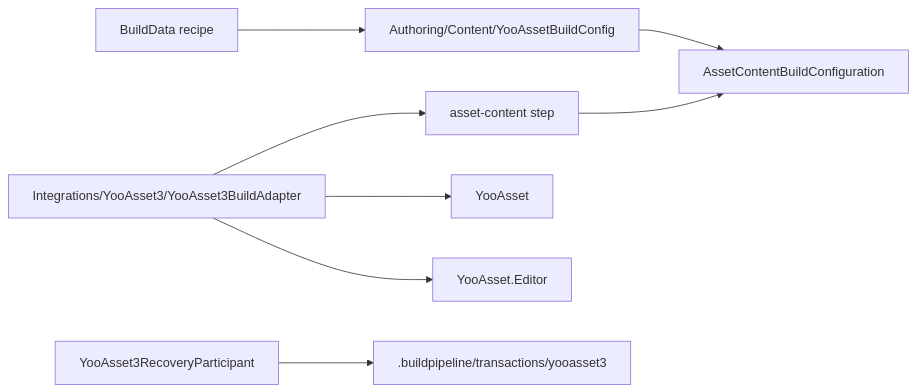
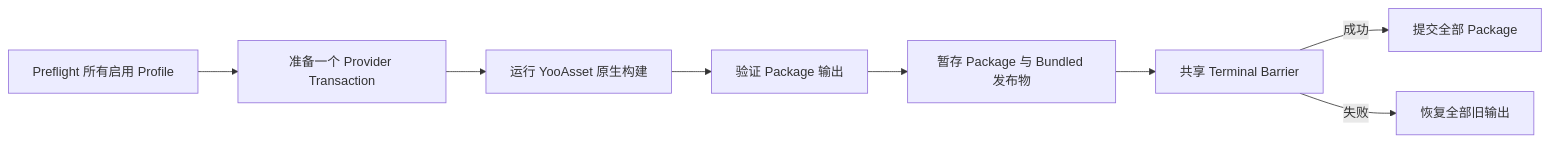
The diagram in UnityStarter/Assets/Build/Editor/BuildPipeline/Integrations/YooAsset3/README.SCH.md (MaiKuraki/UnityStarter), drawn with Mermaid before and after one commit. The commit also changed other lines of this file and 19 other files, not shown here.

````diff
--- a/UnityStarter/Assets/Build/Editor/BuildPipeline/Integrations/YooAsset3/README.SCH.md
+++ b/UnityStarter/Assets/Build/Editor/BuildPipeline/Integrations/YooAsset3/README.SCH.md
@@ -9,10 +56,10 @@
 ```mermaid
 flowchart LR
-    Profile["BuildData recipe"] --> Config["Authoring/Content/YooAssetBuildConfig"]
-    Config --> Contract["AssetContentBuildConfiguration"]
-    Step["asset-content step"] --> Contract
-    Adapter["Integrations/YooAsset3/YooAsset3BuildAdapter"] --> Step
-    Adapter --> Runtime["YooAsset"]
-    Adapter --> Editor["YooAsset.Editor"]
-    Recovery["YooAsset3RecoveryParticipant"] --> Journal[".buildpipeline/transactions/yooasset3"]
+    P["Preflight 所有启用 Profile"] --> S["准备一个 Provider Transaction"]
+    S --> N["运行 YooAsset 原生构建"]
+    N --> V["验证 Package 输出"]
+    V --> B["暂存 Package 与 Bundled 发布物"]
+    B --> T["共享 Terminal Barrier"]
+    T -->|"成功"| C["提交全部 Package"]
+    T -->|"失败"| R["恢复全部旧输出"]
 ```
````
